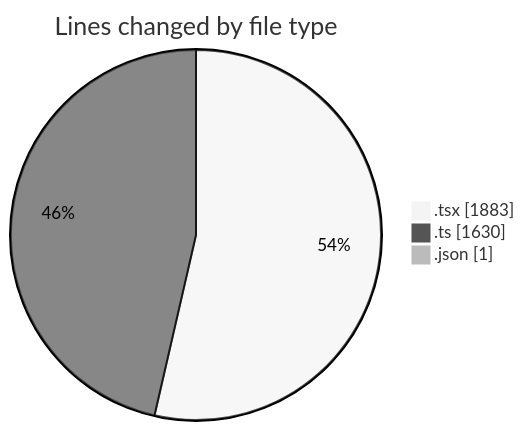
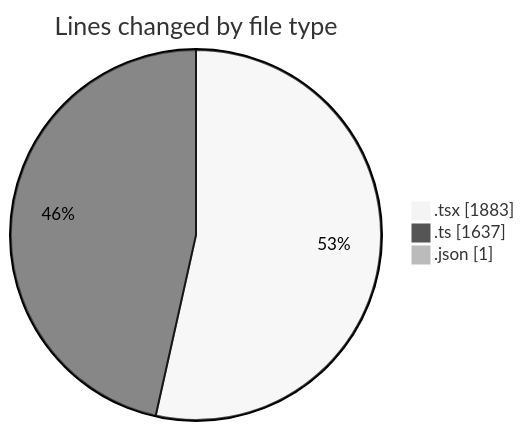
Before and after one commit to julien-gomy/code-tracking: the first of 2 diagrams in 2025-10-08/eventscop-frontend-guide__workspace_/README.md, drawn with Mermaid (neutral theme). The commit also changed other lines of this file and 1 other file, not shown here.

````diff
--- a/2025-10-08/eventscop-frontend-guide__workspace_/README.md
+++ b/2025-10-08/eventscop-frontend-guide__workspace_/README.md
@@ -34,7 +34,7 @@
 ```mermaid
 pie showData
 title Lines changed by file type
 ".tsx" : 1883
-".ts" : 1630
+".ts" : 1637
 ".json" : 1
 ```
````
